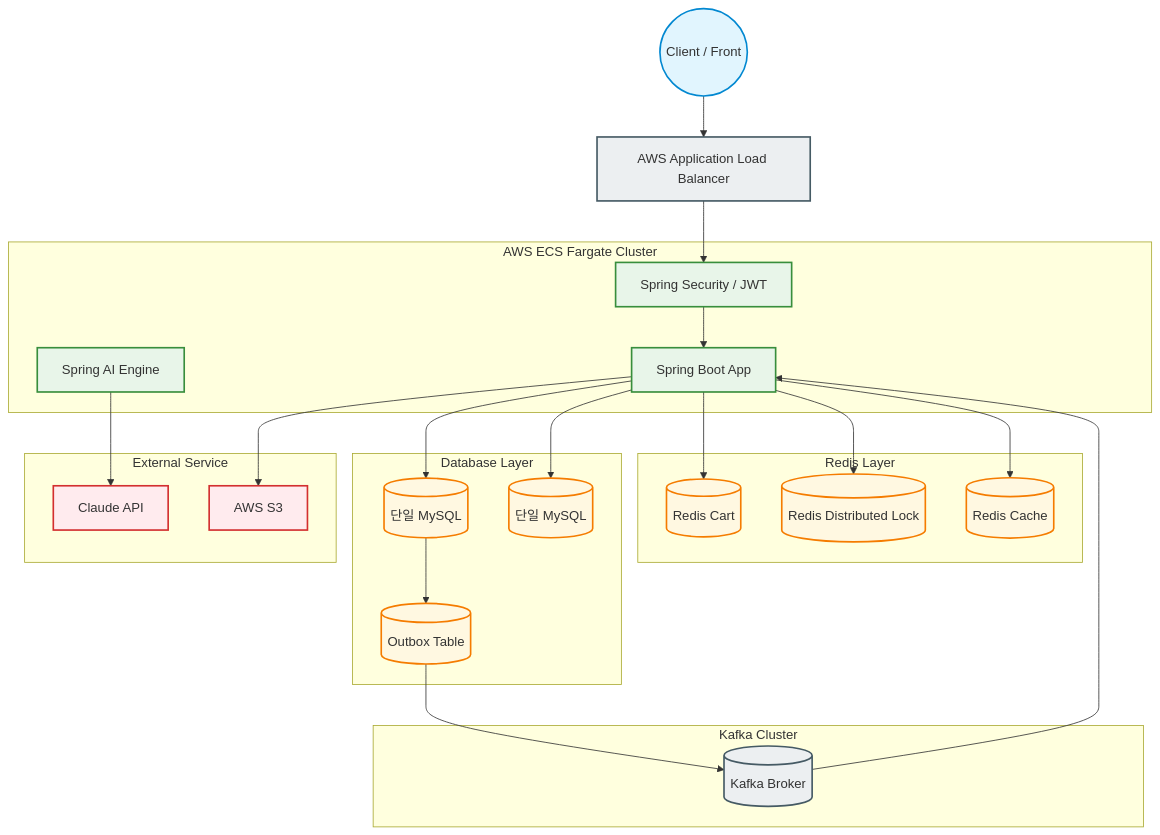
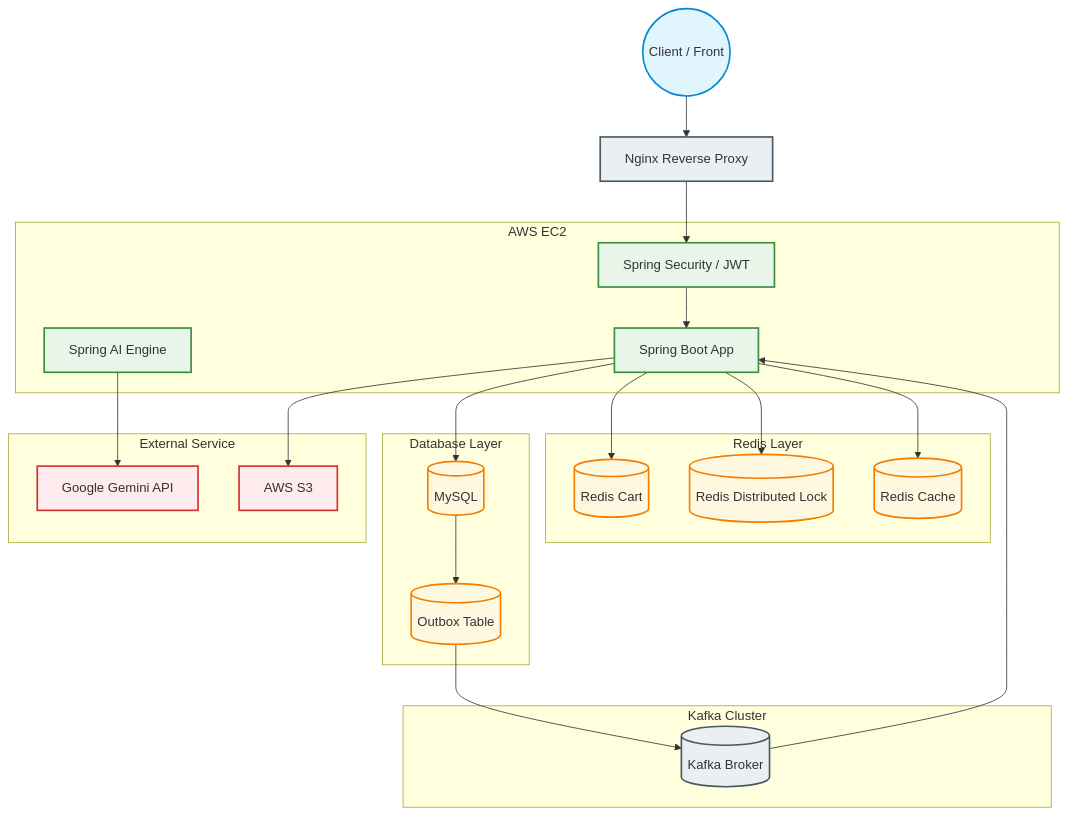
Before and after one commit to one-stop-project/one-stop-project: the diagram in README.md, drawn with Mermaid. The commit also changed other lines of this file, not shown here.

````diff
--- a/README.md
+++ b/README.md
@@ -117,57 +123,55 @@
 ```mermaid
 graph TD
     classDef client fill:#E1F5FE,stroke:#0288D1,stroke-width:2px;
     classDef infra fill:#ECEFF1,stroke:#455A64,stroke-width:2px;
     classDef app fill:#E8F5E9,stroke:#388E3C,stroke-width:2px;
     classDef db fill:#FFF8E1,stroke:#F57C00,stroke-width:2px;
     classDef ext fill:#FFEBEE,stroke:#D32F2F,stroke-width:2px;
 
     Client((Client / Front)):::client
-    ALB[AWS Application Load Balancer]:::infra
+    Nginx[Nginx Reverse Proxy]:::infra
 
-    subgraph ECS [AWS ECS Fargate Cluster]
+    subgraph EC2 [AWS EC2]
         SpringApp[Spring Boot App]:::app
         Security[Spring Security / JWT]:::app
         SpringAI[Spring AI Engine]:::app
     end
 
     subgraph RedisLayer [Redis Layer]
         RedisCart[(Redis Cart)]:::db
         RedisLock[(Redis Distributed Lock)]:::db
         RedisCache[(Redis Cache)]:::db
     end
 
     subgraph DB [Database Layer]
-        MySQLM[(단일 MySQL)]:::db
-        MySQLR[(단일 MySQL)]:::db
+        MySQL[(MySQL)]:::db
         Outbox[(Outbox Table)]:::db
     end
 
     subgraph Kafka [Kafka Cluster]
         Broker[(Kafka Broker)]:::infra
     end
 
     subgraph External [External Service]
-        Claude[Claude API]:::ext
+        Gemini[Google Gemini API]:::ext
         S3[AWS S3]:::ext
     end
 
-    Client --> ALB
-    ALB --> Security
+    Client --> Nginx
+    Nginx --> Security
     Security --> SpringApp
 
     SpringApp --> RedisCart
     SpringApp --> RedisLock
     SpringApp --> RedisCache
 
-    SpringApp --> MySQLM
-    SpringApp --> MySQLR
+    SpringApp --> MySQL
 
-    MySQLM --> Outbox
+    MySQL --> Outbox
     Outbox --> Broker
 
     Broker --> SpringApp
 
-    SpringAI --> Claude
+    SpringAI --> Gemini
     SpringApp --> S3
 ```
````
